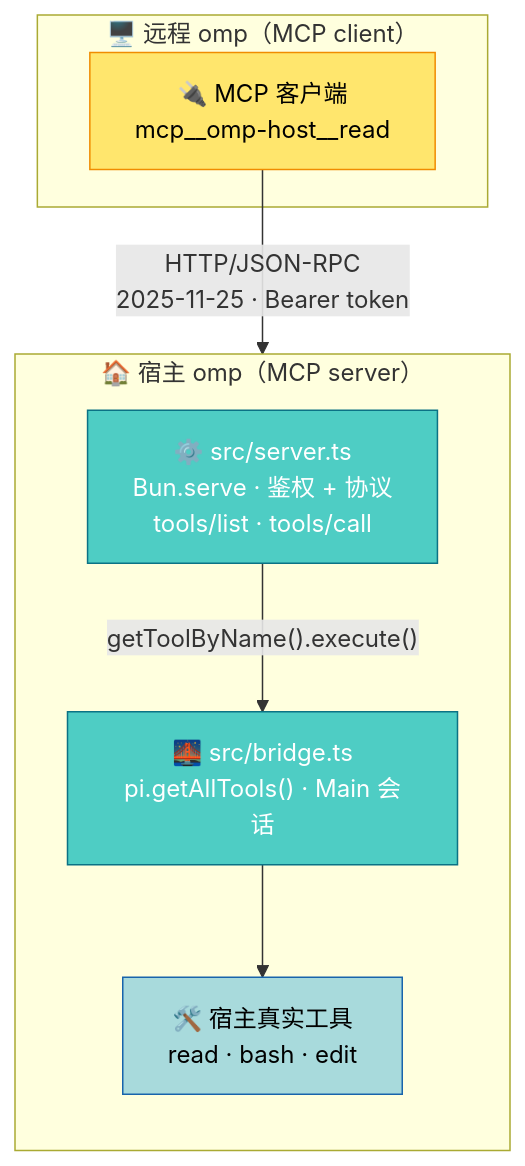
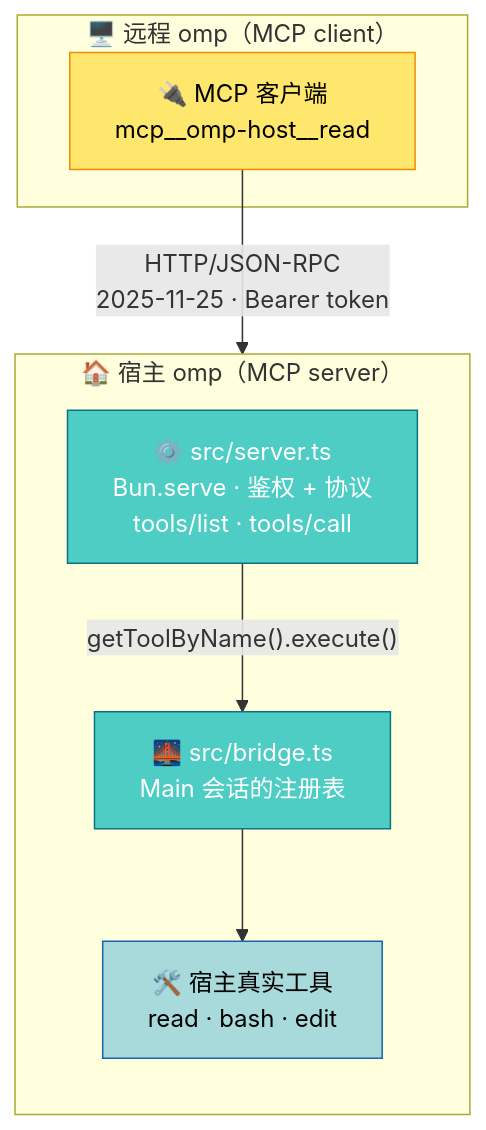
One commit to adam-ikari/pi-a2a-ext changed the diagram in README_ZN.md. Above: the diagram before and after it, drawn with Mermaid. The commit also changed other lines of this file and 6 other files, not shown here.

First line of the commit message:
docs: tools/list 的权威改口到 Main 会话，内存表按第十八轮重落

````diff
--- a/README_ZN.md
+++ b/README_ZN.md
@@ -26,25 +26,25 @@
 ```mermaid
 graph TB
     subgraph Remote["🖥️ 远程 omp（MCP client）"]
         Client["🔌 MCP 客户端<br/>mcp__omp-host__read"]
     end
 
     subgraph Host["🏠 宿主 omp（MCP server）"]
         direction TB
         Serve["⚙️ src/server.ts<br/>Bun.serve · 鉴权 + 协议<br/>tools/list · tools/call"]
-        Bridge["🌉 src/bridge.ts<br/>pi.getAllTools() · Main 会话"]
+        Bridge["🌉 src/bridge.ts<br/>Main 会话的注册表"]
         Tools["🛠️ 宿主真实工具<br/>read · bash · edit"]
 
         Serve -->|"getToolByName().execute()"| Bridge
         Bridge --> Tools
     end
 
     Client -->|"HTTP/JSON-RPC<br/>2025-11-25 · Bearer token"| Serve
 
     classDef client fill:#FFE66D,stroke:#F08C00,color:#000
     classDef server fill:#4ECDC4,stroke:#0B7285,color:#fff
     classDef tool fill:#A8DADC,stroke:#1864AB,color:#000
     class Client client
     class Serve,Bridge server
     class Tools tool
 ```
````
